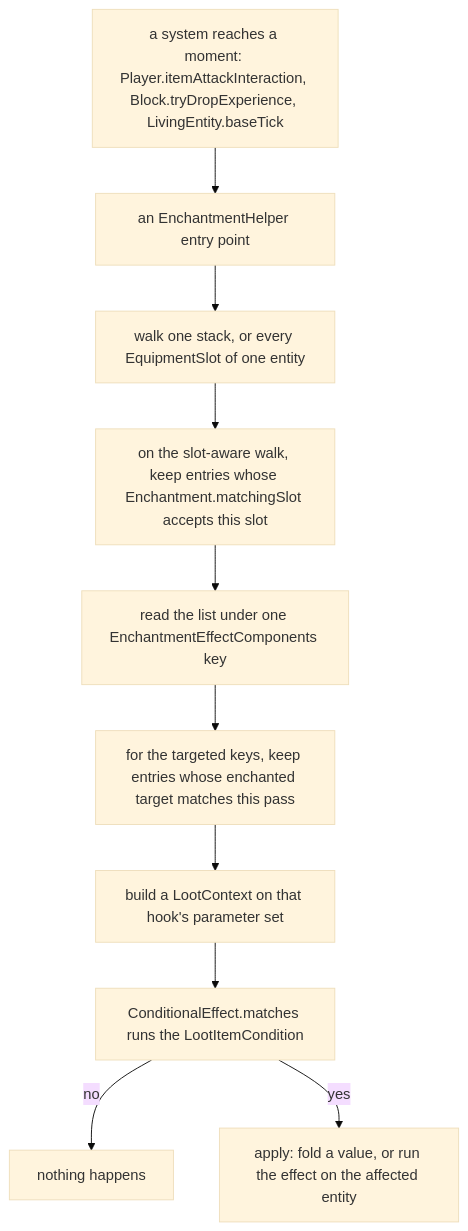
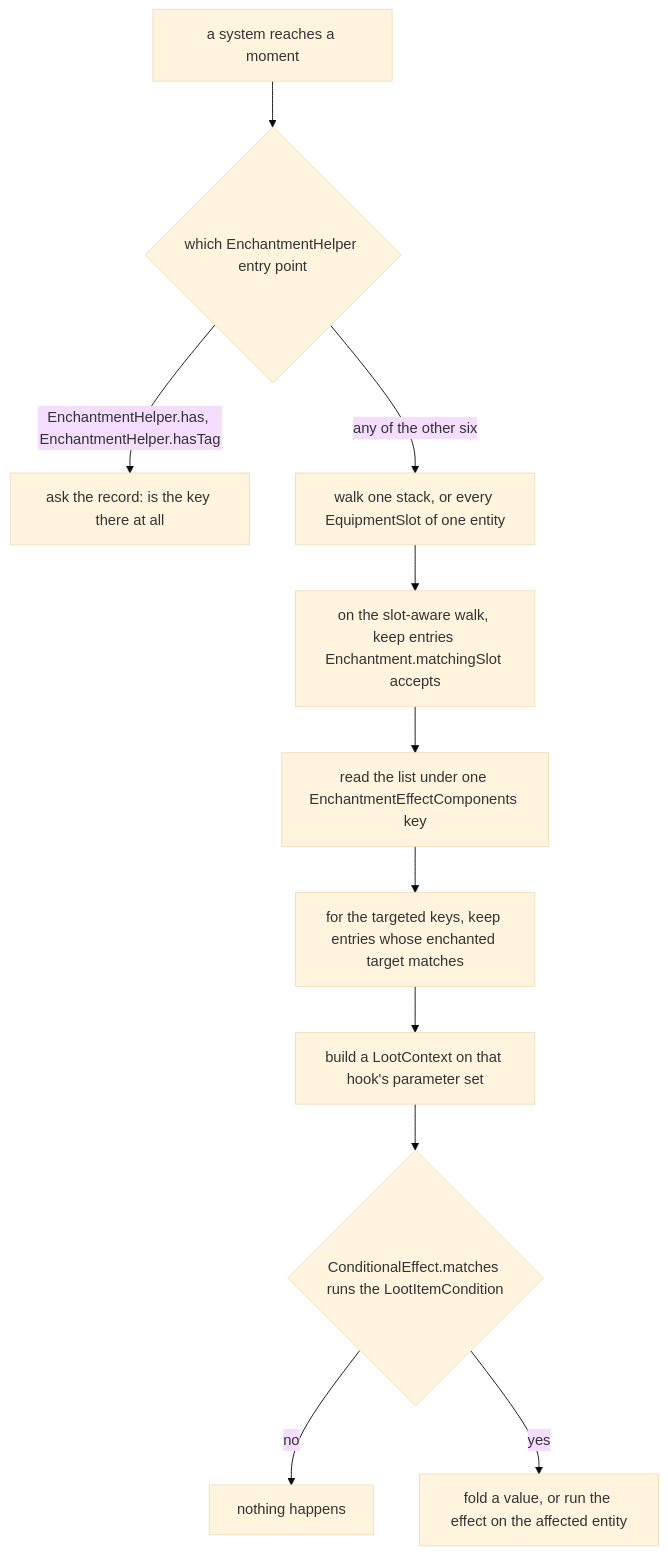
Before and after one commit to AlexanderjFraser/MinecraftDocs: the first of 2 diagrams in src/systems/items/enchantments.md, drawn with Mermaid (base theme). The commit also changed other lines of this file and 19 other files, not shown here.

````diff
--- a/src/systems/items/enchantments.md
+++ b/src/systems/items/enchantments.md
@@ -153,13 +153,13 @@
 ```mermaid
 flowchart TD
-    Caller["a system reaches a moment: Player.itemAttackInteraction, Block.tryDropExperience, LivingEntity.baseTick"]
-    Caller --> EH["an EnchantmentHelper entry point"]
-    EH --> Walk["walk one stack, or every EquipmentSlot of one entity"]
-    Walk --> Slot["on the slot-aware walk, keep entries whose Enchantment.matchingSlot accepts this slot"]
+    Caller["a system reaches a moment"] --> EH{"which EnchantmentHelper entry point"}
+    EH -- "EnchantmentHelper.has, EnchantmentHelper.hasTag" --> Flag["ask the record: is the key there at all"]
+    EH -- "any of the other six" --> Walk["walk one stack, or every EquipmentSlot of one entity"]
+    Walk --> Slot["on the slot-aware walk, keep entries Enchantment.matchingSlot accepts"]
     Slot --> Comp["read the list under one EnchantmentEffectComponents key"]
-    Comp --> Target["for the targeted keys, keep entries whose enchanted target matches this pass"]
+    Comp --> Target["for the targeted keys, keep entries whose enchanted target matches"]
     Target --> Ctx["build a LootContext on that hook's parameter set"]
-    Ctx --> Cond["ConditionalEffect.matches runs the LootItemCondition"]
+    Ctx --> Cond{"ConditionalEffect.matches runs the LootItemCondition"}
     Cond -- "no" --> Drop["nothing happens"]
-    Cond -- "yes" --> Apply["apply: fold a value, or run the effect on the affected entity"]
+    Cond -- "yes" --> Apply["fold a value, or run the effect on the affected entity"]
 ```
````
